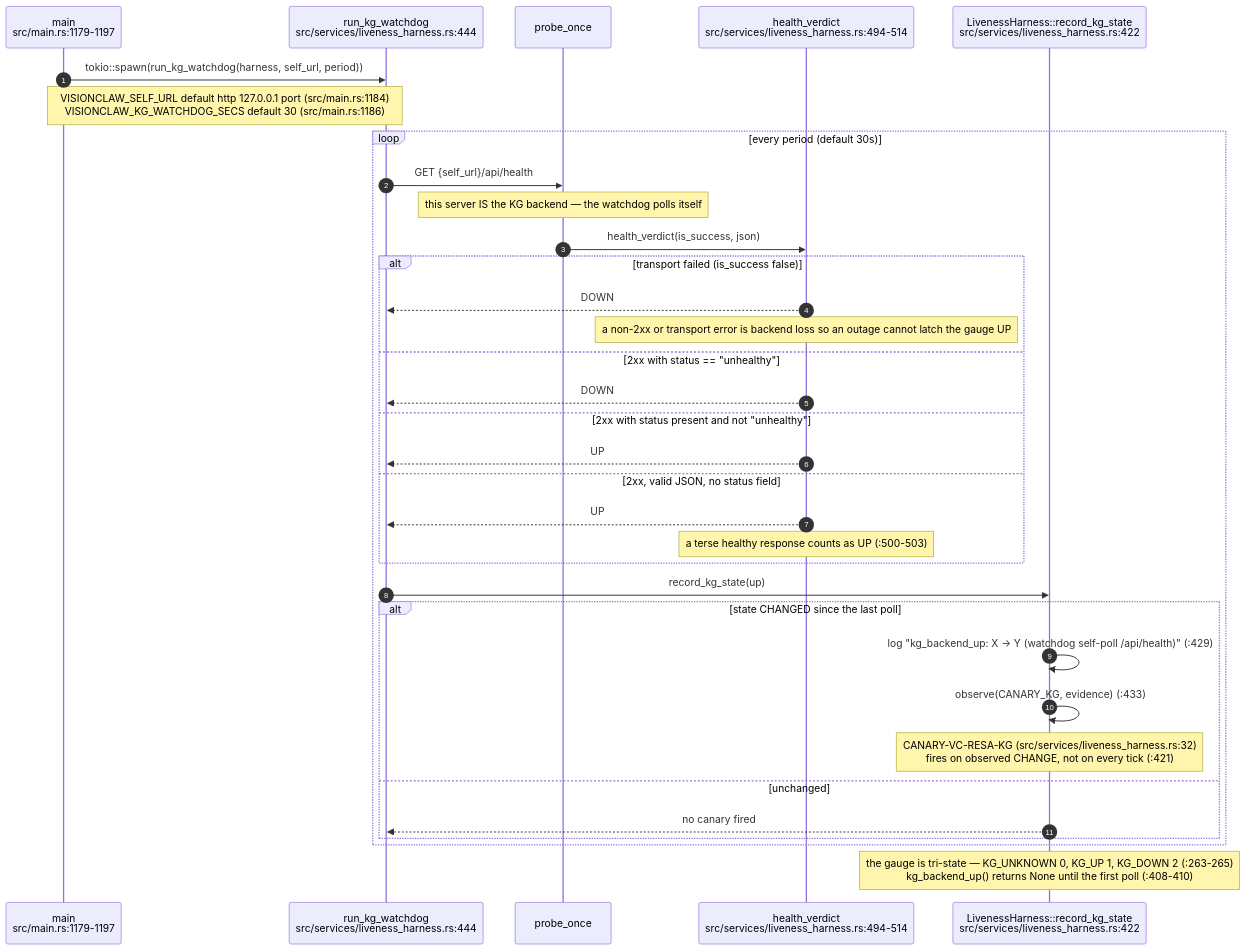
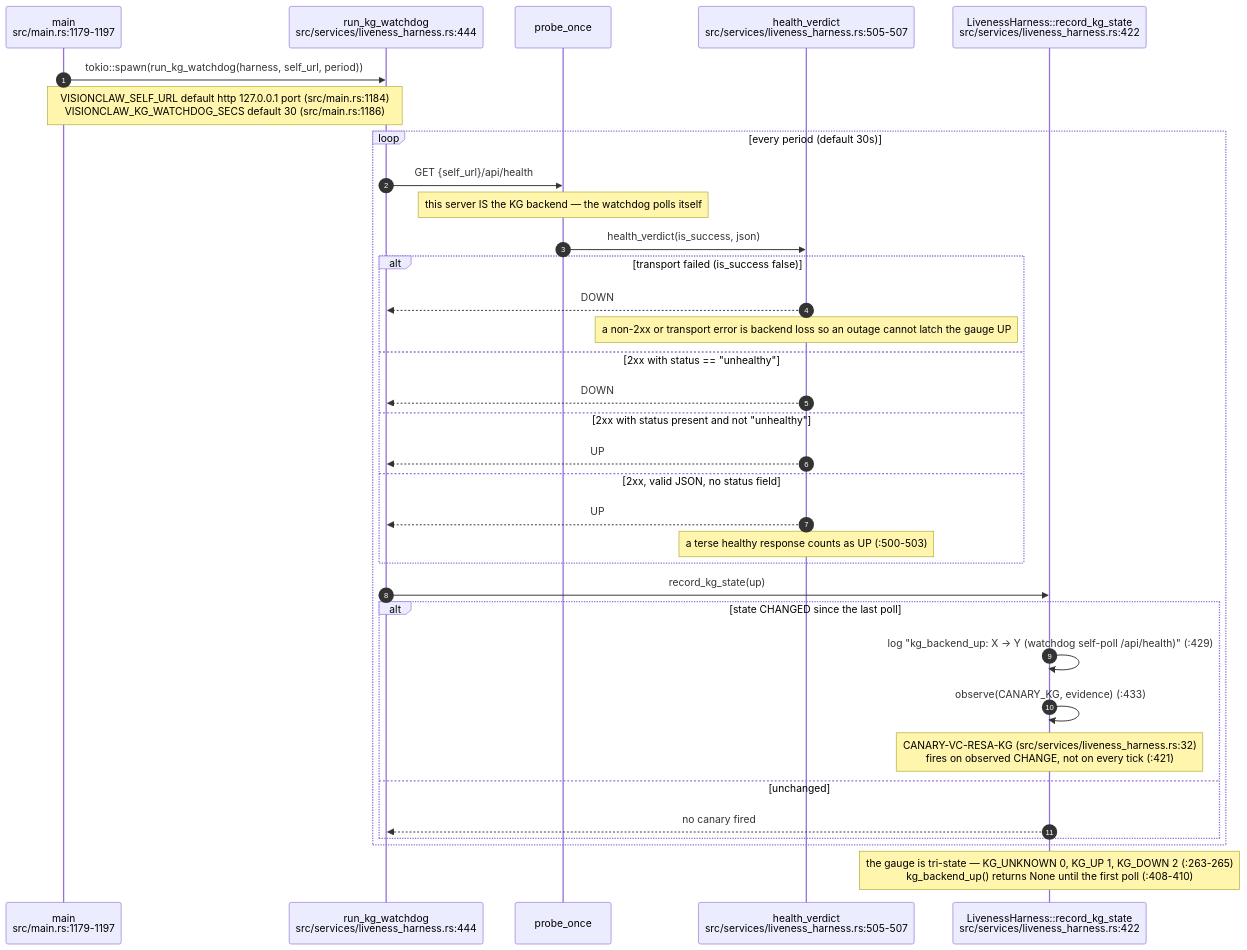
The second of 12 diagrams in docs/diagrams/visionclaw/08-observability-health-and-dev-loop.md (DreamLab-AI/AR-AI-Knowledge-Graph), drawn with Mermaid before and after one commit. The commit also changed other lines of this file and 36 other files, not shown here.

````diff
--- a/docs/diagrams/visionclaw/08-observability-health-and-dev-loop.md
+++ b/docs/diagrams/visionclaw/08-observability-health-and-dev-loop.md
@@ -65,37 +65,37 @@
 ```mermaid
 sequenceDiagram
     autonumber
     participant M as main<br/>src/main.rs:1179-1197
     participant W as run_kg_watchdog<br/>src/services/liveness_harness.rs:444
     participant P as probe_once
-    participant V as health_verdict<br/>src/services/liveness_harness.rs:494-514
+    participant V as health_verdict<br/>src/services/liveness_harness.rs:505-507
     participant H as LivenessHarness::record_kg_state<br/>src/services/liveness_harness.rs:422
 
     M->>W: tokio::spawn(run_kg_watchdog(harness, self_url, period))
     Note over M,W: VISIONCLAW_SELF_URL default http 127.0.0.1 port (src/main.rs:1184)<br/>VISIONCLAW_KG_WATCHDOG_SECS default 30 (src/main.rs:1186)
     loop every period (default 30s)
         W->>P: GET {self_url}/api/health
         Note over P: this server IS the KG backend — the watchdog polls itself
         P->>V: health_verdict(is_success, json)
         alt transport failed (is_success false)
             V-->>W: DOWN
             Note over V: a non-2xx or transport error is backend loss so an outage cannot latch the gauge UP
         else 2xx with status == "unhealthy"
             V-->>W: DOWN
         else 2xx with status present and not "unhealthy"
             V-->>W: UP
         else 2xx, valid JSON, no status field
             V-->>W: UP
             Note over V: a terse healthy response counts as UP (:500-503)
         end
         W->>H: record_kg_state(up)
         alt state CHANGED since the last poll
             H->>H: log "kg_backend_up: X -> Y (watchdog self-poll /api/health)" (:429)
             H->>H: observe(CANARY_KG, evidence) (:433)
             Note over H: CANARY-VC-RESA-KG (src/services/liveness_harness.rs:32)<br/>fires on observed CHANGE, not on every tick (:421)
         else unchanged
             H-->>W: no canary fired
         end
     end
     Note over H: the gauge is tri-state — KG_UNKNOWN 0, KG_UP 1, KG_DOWN 2 (:263-265)<br/>kg_backend_up() returns None until the first poll (:408-410)
 ```
````
